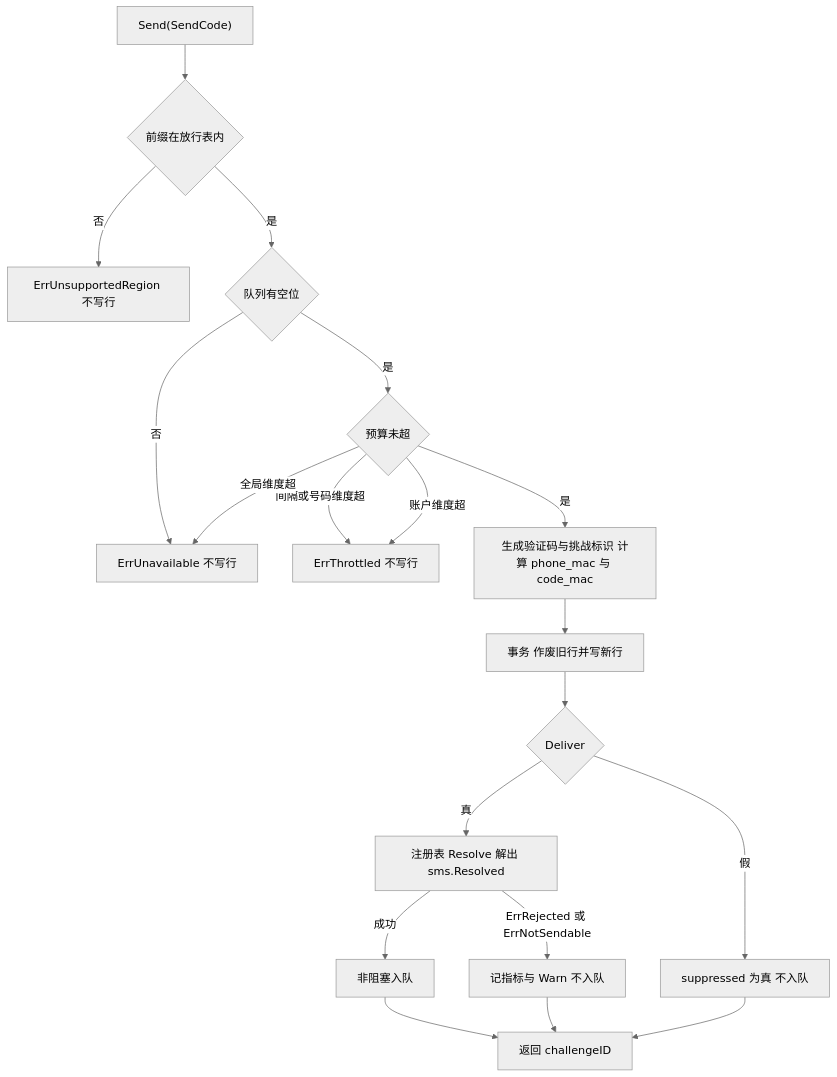
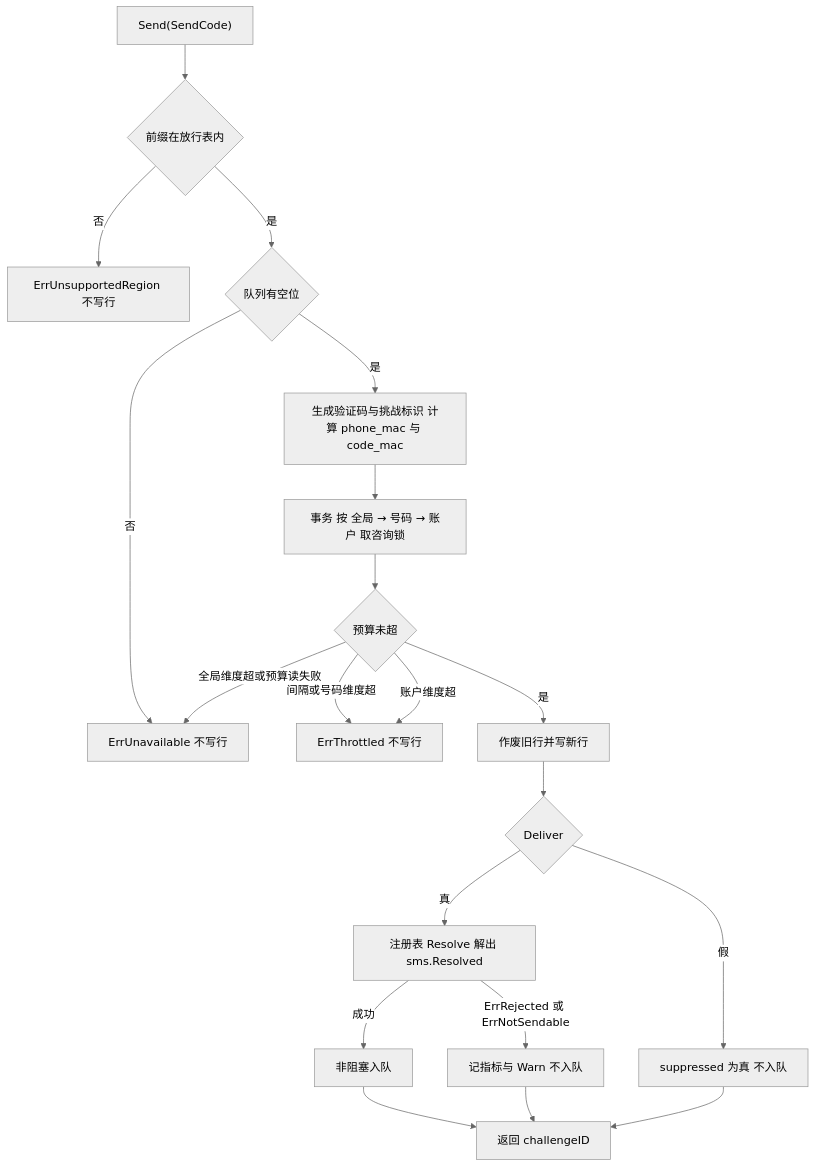
Before and after one commit to wangzw/speed: the fourth of 4 diagrams in docs/design/modules/authn/design-authn-sms.md, drawn with Mermaid (neutral theme). The commit also changed other lines of this file and 8 other files, not shown here.

````diff
--- a/docs/design/modules/authn/design-authn-sms.md
+++ b/docs/design/modules/authn/design-authn-sms.md
@@ -285,21 +286,22 @@
 ```mermaid
 flowchart TD
     A["Send(SendCode)"] --> B{"前缀在放行表内"}
     B -- 否 --> E1["ErrUnsupportedRegion 不写行"]
     B -- 是 --> Q{"队列有空位"}
     Q -- 否 --> E2["ErrUnavailable 不写行"]
-    Q -- 是 --> C{"预算未超"}
+    Q -- 是 --> G["生成验证码与挑战标识 计算 phone_mac 与 code_mac"]
+    G --> L["事务 按 全局 → 号码 → 账户 取咨询锁"]
+    L --> C{"预算未超"}
     C -- 间隔或号码维度超 --> E3["ErrThrottled 不写行"]
-    C -- 全局维度超 --> E2
+    C -- 全局维度超或预算读失败 --> E2
     C -- 账户维度超 --> E3
-    C -- 是 --> G["生成验证码与挑战标识 计算 phone_mac 与 code_mac"]
-    G --> H["事务 作废旧行并写新行"]
+    C -- 是 --> H["作废旧行并写新行"]
     H --> I{"Deliver"}
     I -- 真 --> RS["注册表 Resolve 解出 sms.Resolved"]
     RS -- ErrRejected 或 ErrNotSendable --> RN["记指标与 Warn 不入队"]
     RS -- 成功 --> J["非阻塞入队"]
     I -- 假 --> K["suppressed 为真 不入队"]
     J --> R["返回 challengeID"]
     RN --> R
     K --> R
 ```
````
